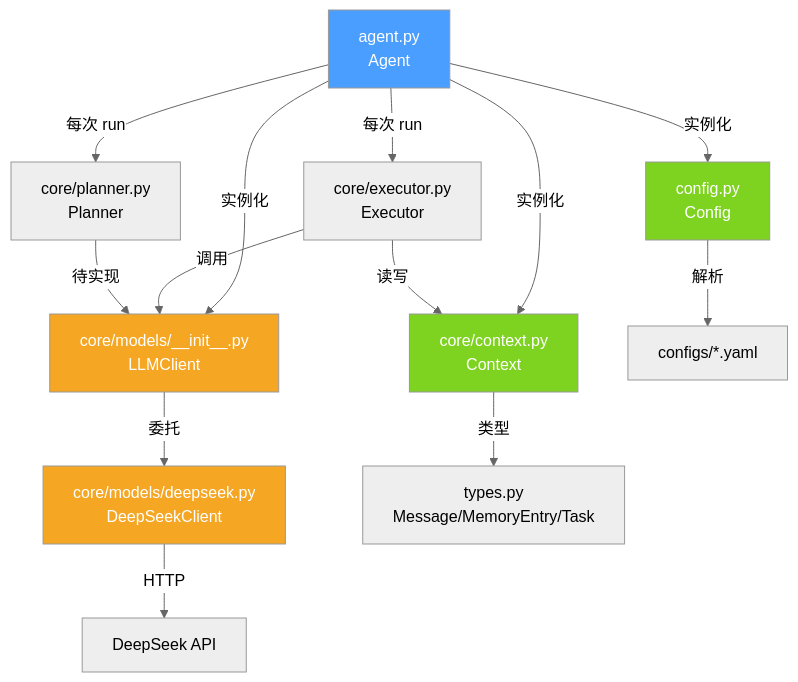
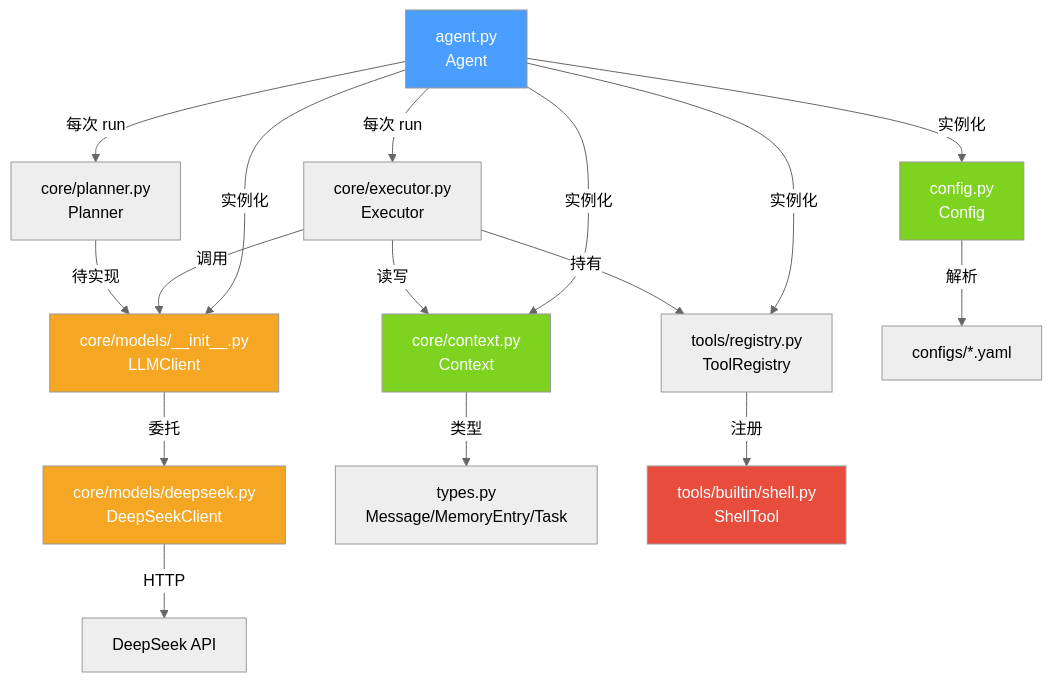
Before and after one commit to QAQ-awa-QAQ/sump: the diagram in docs/architecture/call_graph.md, drawn with Mermaid (neutral theme). The commit also changed other lines of this file and 10 other files, not shown here.

````diff
--- a/docs/architecture/call_graph.md
+++ b/docs/architecture/call_graph.md
@@ -30,24 +34,28 @@
 ```mermaid
 graph TD
     A[agent.py<br/>Agent] -->|实例化| CFG[config.py<br/>Config]
     A -->|实例化| CTX[core/context.py<br/>Context]
     A -->|实例化| LLM[core/models/__init__.py<br/>LLMClient]
+    A -->|实例化| REG[tools/registry.py<br/>ToolRegistry]
     A -->|每次 run| P[core/planner.py<br/>Planner]
     A -->|每次 run| E[core/executor.py<br/>Executor]
 
     LLM -->|委托| DS[core/models/deepseek.py<br/>DeepSeekClient]
     DS -->|HTTP| API[DeepSeek API]
 
     CTX -->|类型| T[types.py<br/>Message/MemoryEntry/Task]
     CFG -->|解析| YAML[configs/*.yaml]
 
     E -->|调用| LLM
     E -->|读写| CTX
+    E -->|持有| REG
+    REG -->|注册| ST[tools/builtin/shell.py<br/>ShellTool]
     P -->|待实现| LLM
 
     style A fill:#4a9eff,color:#fff
     style LLM fill:#f5a623,color:#fff
     style DS fill:#f5a623,color:#fff
     style CTX fill:#7ed321,color:#fff
     style CFG fill:#7ed321,color:#fff
+    style ST fill:#e74c3c,color:#fff
 ```
````
